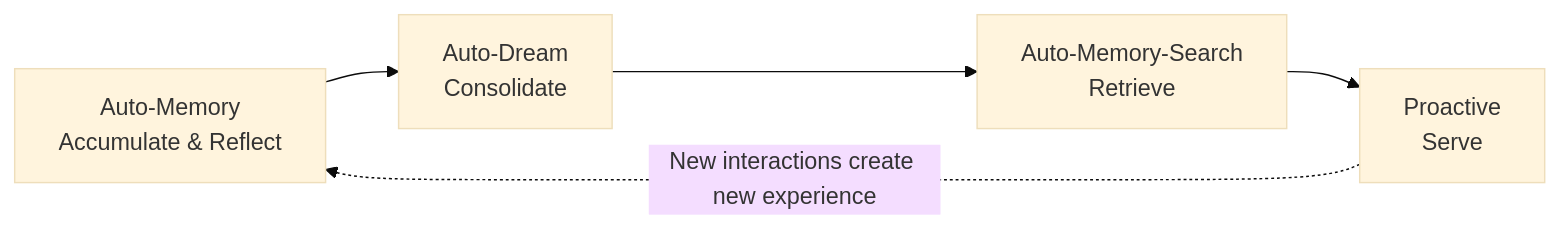
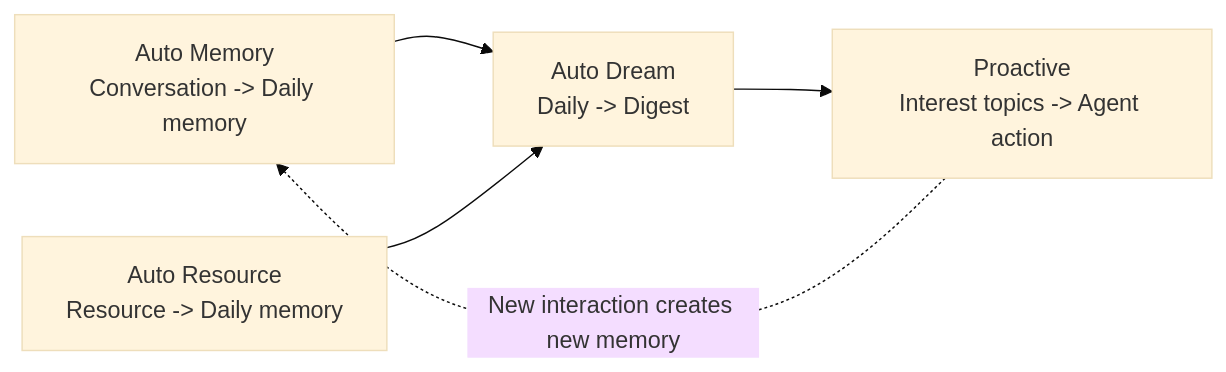
Before and after one commit to agentscope-ai/QwenPaw: the diagram in website/public/docs/memory-evolving-and-proactive.en.md, drawn with Mermaid (base theme). The commit also changed other lines of this file and 5 other files, not shown here.

````diff
--- a/website/public/docs/memory-evolving-and-proactive.en.md
+++ b/website/public/docs/memory-evolving-and-proactive.en.md
@@ -13,7 +13,7 @@
 ```mermaid
 graph LR
-    A[Auto-Memory<br/>Accumulate & Reflect] --> B[Auto-Dream<br/>Consolidate]
-    B --> C[Auto-Memory-Search<br/>Retrieve]
-    C --> D[Proactive<br/>Serve]
-    D -.->|New interactions create new experience| A
+    A[Auto Memory<br/>Conversation -> Daily memory] --> C[Auto Dream<br/>Daily -> Digest]
+    B[Auto Resource<br/>Resource -> Daily memory] --> C
+    C --> D[Proactive<br/>Interest topics -> Agent action]
+    D -.->|New interaction creates new memory| A
 ```
````
